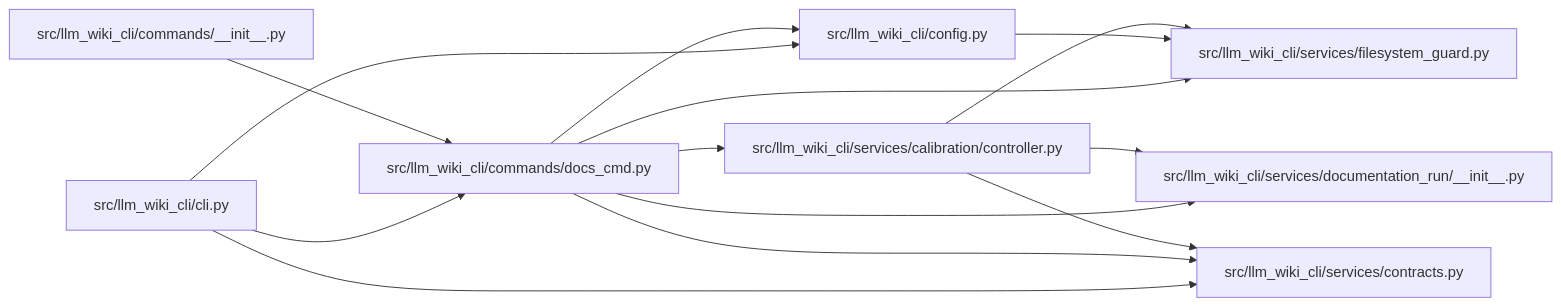
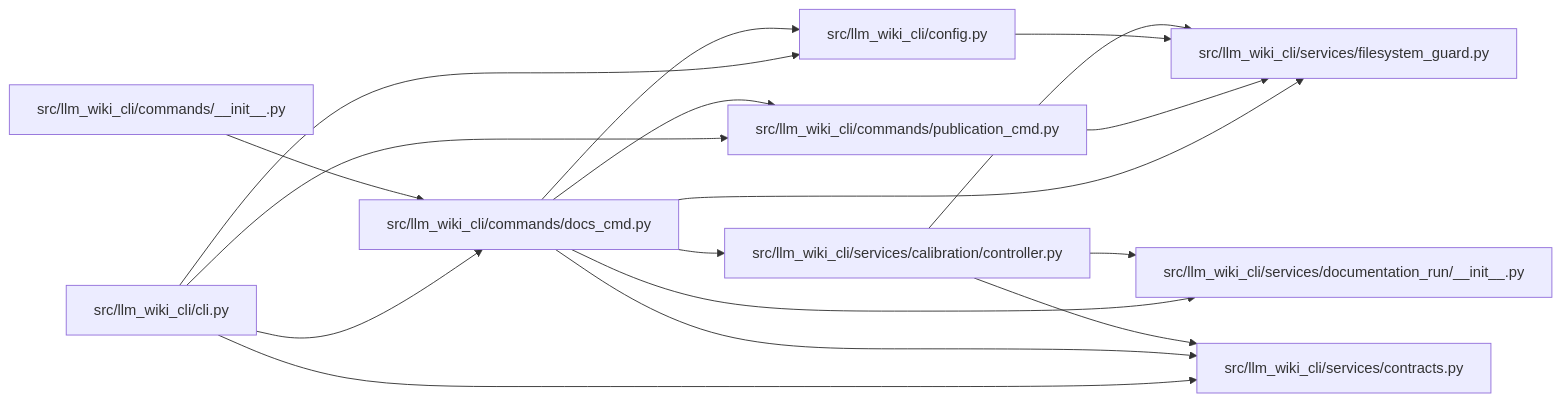
Before and after one commit to Denissvgn/python-wiki-llm: the diagram in docs/llm_wiki/modules/docs_cmd.md, drawn with Mermaid. The commit also changed other lines of this file and 479 other files, not shown here.

````diff
--- a/docs/llm_wiki/modules/docs_cmd.md
+++ b/docs/llm_wiki/modules/docs_cmd.md
@@ -28,32 +29,37 @@
 ```mermaid
 flowchart LR
     n0["src/llm_wiki_cli/cli.py"]
     n1["src/llm_wiki_cli/commands/__init__.py"]
     n2["src/llm_wiki_cli/commands/docs_cmd.py"]
-    n3["src/llm_wiki_cli/config.py"]
-    n4["src/llm_wiki_cli/services/calibration/controller.py"]
-    n5["src/llm_wiki_cli/services/contracts.py"]
-    n6["src/llm_wiki_cli/services/documentation_run/__init__.py"]
-    n7["src/llm_wiki_cli/services/filesystem_guard.py"]
+    n3["src/llm_wiki_cli/commands/publication_cmd.py"]
+    n4["src/llm_wiki_cli/config.py"]
+    n5["src/llm_wiki_cli/services/calibration/controller.py"]
+    n6["src/llm_wiki_cli/services/contracts.py"]
+    n7["src/llm_wiki_cli/services/documentation_run/__init__.py"]
+    n8["src/llm_wiki_cli/services/filesystem_guard.py"]
     n0 --> n2
     n0 --> n3
-    n0 --> n5
+    n0 --> n4
+    n0 --> n6
     n1 --> n2
     n2 --> n3
     n2 --> n4
     n2 --> n5
     n2 --> n6
     n2 --> n7
-    n3 --> n7
-    n4 --> n5
-    n4 --> n6
-    n4 --> n7
+    n2 --> n8
+    n3 --> n8
+    n4 --> n8
+    n5 --> n6
+    n5 --> n7
+    n5 --> n8
     click n0 "../modules/cli.md"
     click n1 "../modules/commands___init__.md"
     click n2 "../modules/docs_cmd.md"
-    click n3 "../modules/config.md"
-    click n4 "../modules/controller.md"
-    click n5 "../modules/services_contracts.md"
-    click n6 "../modules/documentation_run___init__.md"
-    click n7 "../modules/filesystem_guard.md"
+    click n3 "../modules/publication_cmd.md"
+    click n4 "../modules/config.md"
+    click n5 "../modules/controller.md"
+    click n6 "../modules/services_contracts.md"
+    click n7 "../modules/documentation_run___init__.md"
+    click n8 "../modules/filesystem_guard.md"
 ```
````
